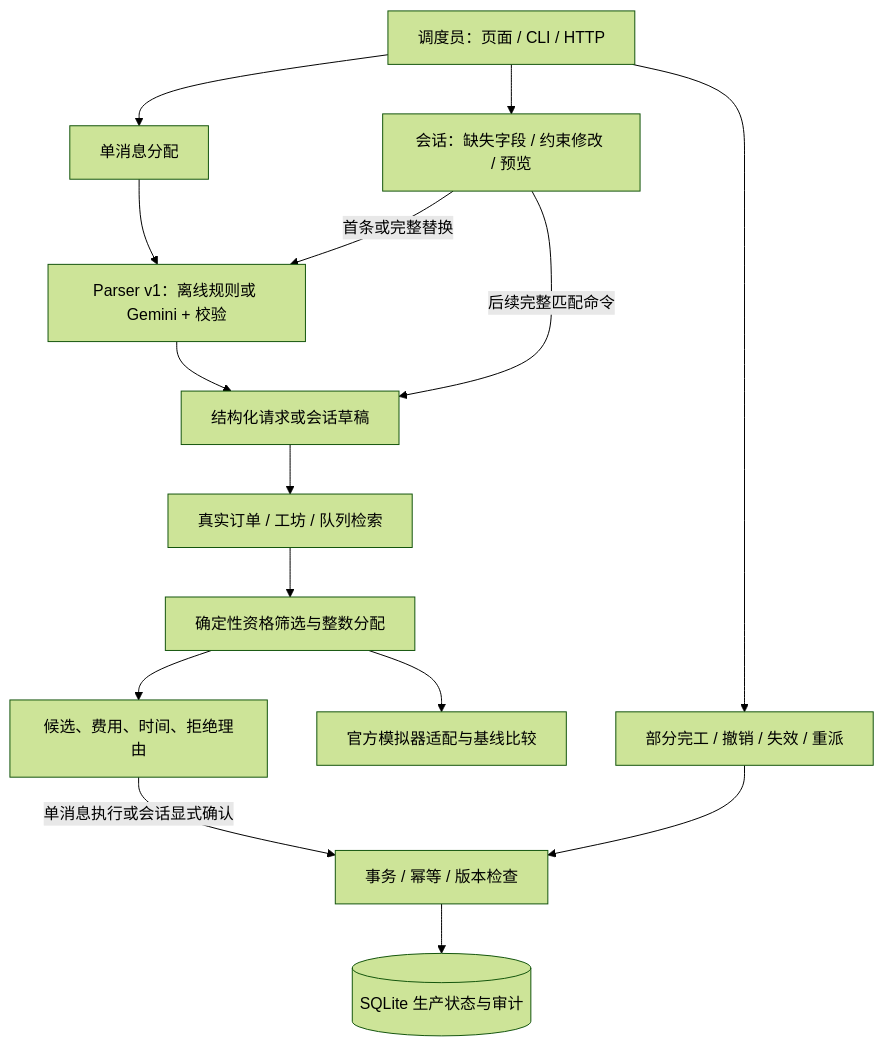
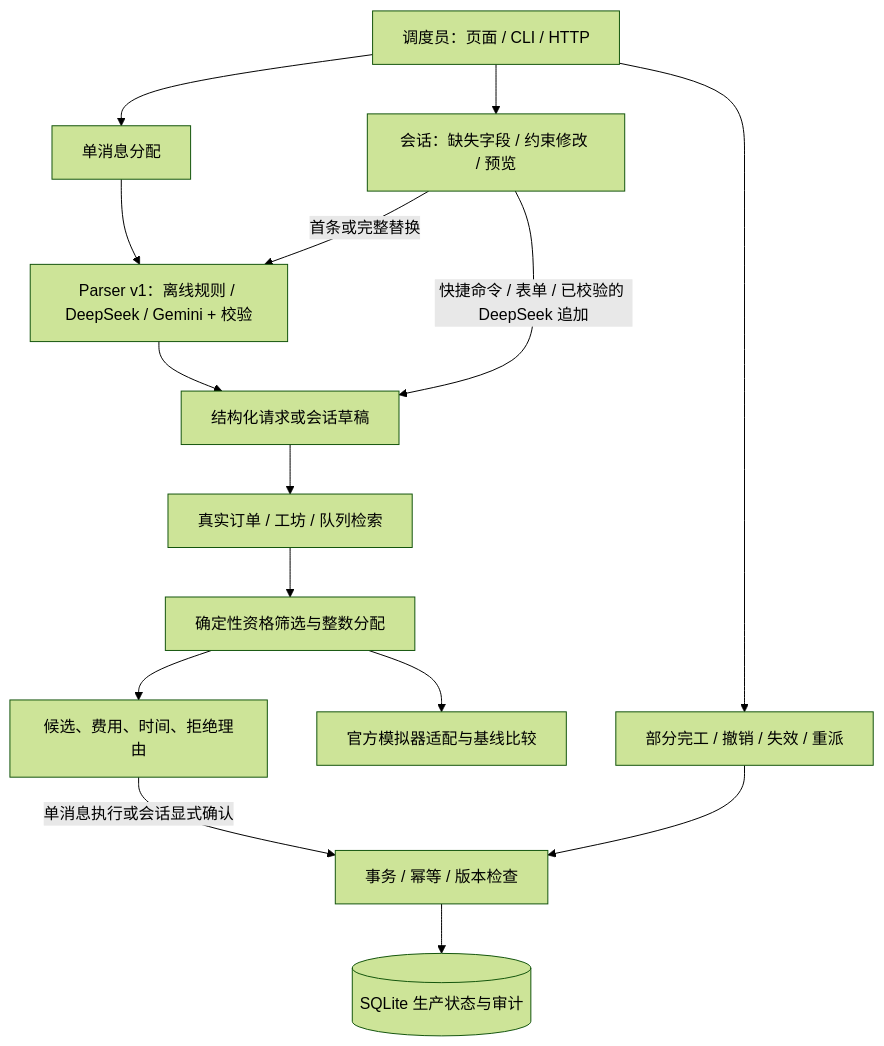
One commit to zh72640/dss5105_project changed the diagram in docs/PROJECT_OVERVIEW_CN.md. Above: the diagram before and after it, drawn with Mermaid (forest theme). The commit also changed other lines of this file and 45 other files, not shown here.

Commit message:
Add DeepSeek integration and simplify dispatch review

````diff
--- a/docs/PROJECT_OVERVIEW_CN.md
+++ b/docs/PROJECT_OVERVIEW_CN.md
@@ -13,17 +13,17 @@
 ```mermaid
 flowchart TD
     U[调度员：页面 / CLI / HTTP] --> S[单消息分配]
     U --> C[会话：缺失字段 / 约束修改 / 预览]
-    S --> P[Parser v1：离线规则或 Gemini + 校验]
+    S --> P[Parser v1：离线规则 / DeepSeek / Gemini + 校验]
     C -->|首条或完整替换| P
     P --> D[结构化请求或会话草稿]
-    C -->|后续完整匹配命令| D
+    C -->|快捷命令 / 表单 / 已校验的 DeepSeek 追加| D
     D --> R[真实订单 / 工坊 / 队列检索]
     R --> A[确定性资格筛选与整数分配]
     A --> V[候选、费用、时间、拒绝理由]
     V -->|单消息执行或会话显式确认| T[事务 / 幂等 / 版本检查]
     T --> DB[(SQLite 生产状态与审计)]
     U --> L[部分完工 / 撤销 / 失效 / 重派]
     L --> T
     A --> E[官方模拟器适配与基线比较]
 ```
````
